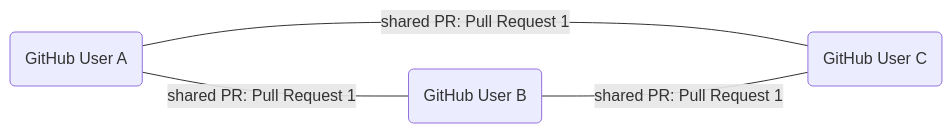
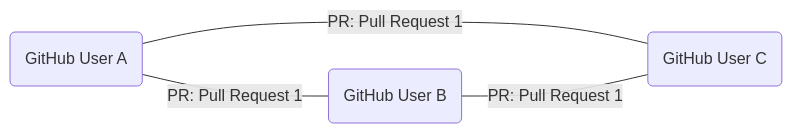
One commit to geramirez/social-network-thinking-for-leaders changed the fourth of 4 diagrams in slides.md. Above: the diagram before and after it, drawn with Mermaid. The commit also changed other lines of this file, not shown here.

````diff
--- a/slides.md
+++ b/slides.md
@@ -391,10 +391,11 @@
 ```mermaid
 graph LR
     U1(GitHub User A)
     U2(GitHub User B)
     U3(GitHub User C)
 
-    U1 ---|shared PR: Pull Request 1| U2
-    U1 ---|shared PR: Pull Request 1| U3
-    U2 ---|shared PR: Pull Request 1| U3
+    U1 ---|PR: Pull Request 1| U2
+    U1 ---|PR: Pull Request 1| U3
+    U2 ---|PR: Pull Request 1| U3
+
 ```
````
